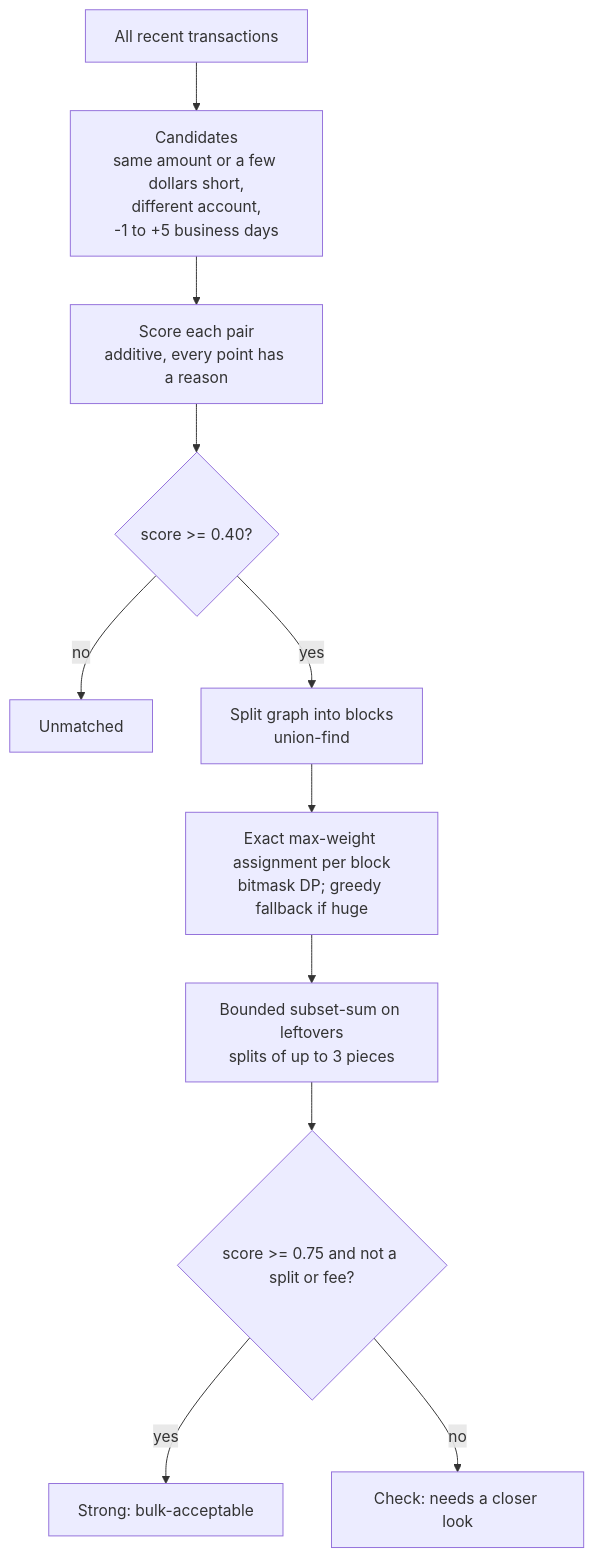
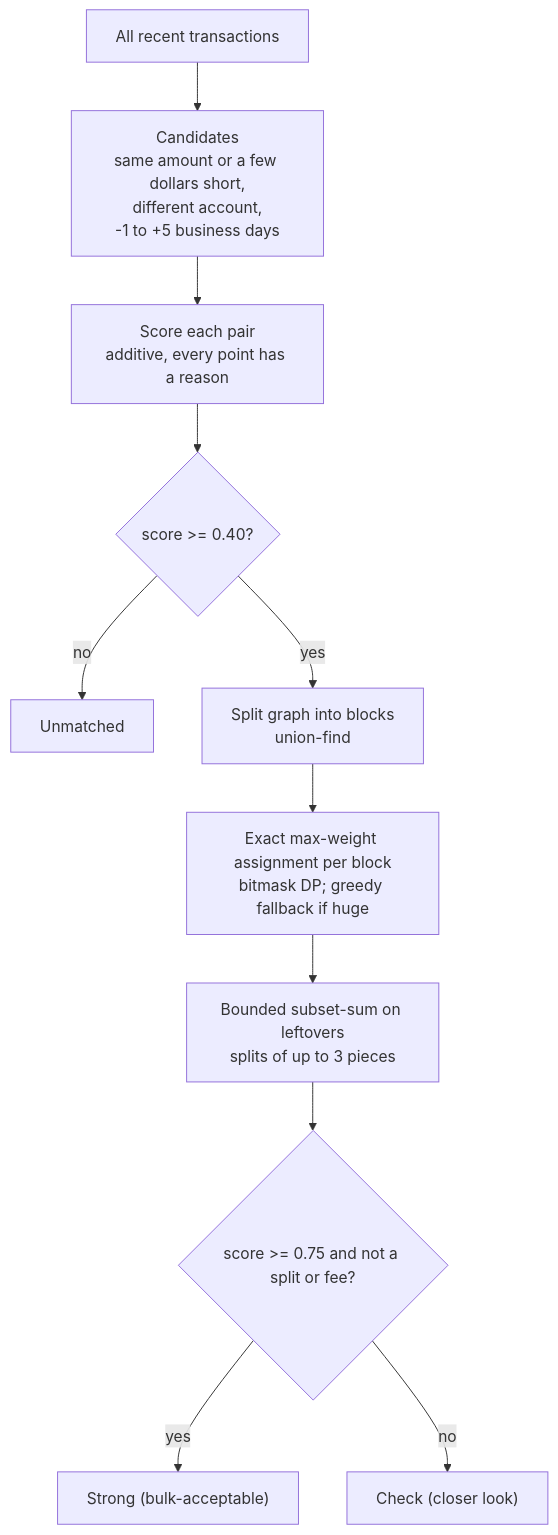
The second of 3 diagrams in README.md (miscreantmoogly/transfer-matcher), drawn with Mermaid before and after one commit.

Commit message:
Quote mermaid labels

````diff
--- a/README.md
+++ b/README.md
@@ -96,13 +96,13 @@
 ```mermaid
 flowchart TD
     A[All recent transactions] --> B[Candidates<br/>same amount or a few dollars short,<br/>different account,<br/>-1 to +5 business days]
     B --> C[Score each pair<br/>additive, every point has a reason]
     C --> D{score >= 0.40?}
     D -- no --> U[Unmatched]
     D -- yes --> E[Split graph into blocks<br/>union-find]
     E --> F[Exact max-weight assignment per block<br/>bitmask DP; greedy fallback if huge]
     F --> G[Bounded subset-sum on leftovers<br/>splits of up to 3 pieces]
     G --> H{score >= 0.75 and not a split or fee?}
-    H -- yes --> High[Strong: bulk-acceptable]
-    H -- no --> Review[Check: needs a closer look]
+    H -- yes --> High["Strong (bulk-acceptable)"]
+    H -- no --> Review["Check (closer look)"]
 ```
````
